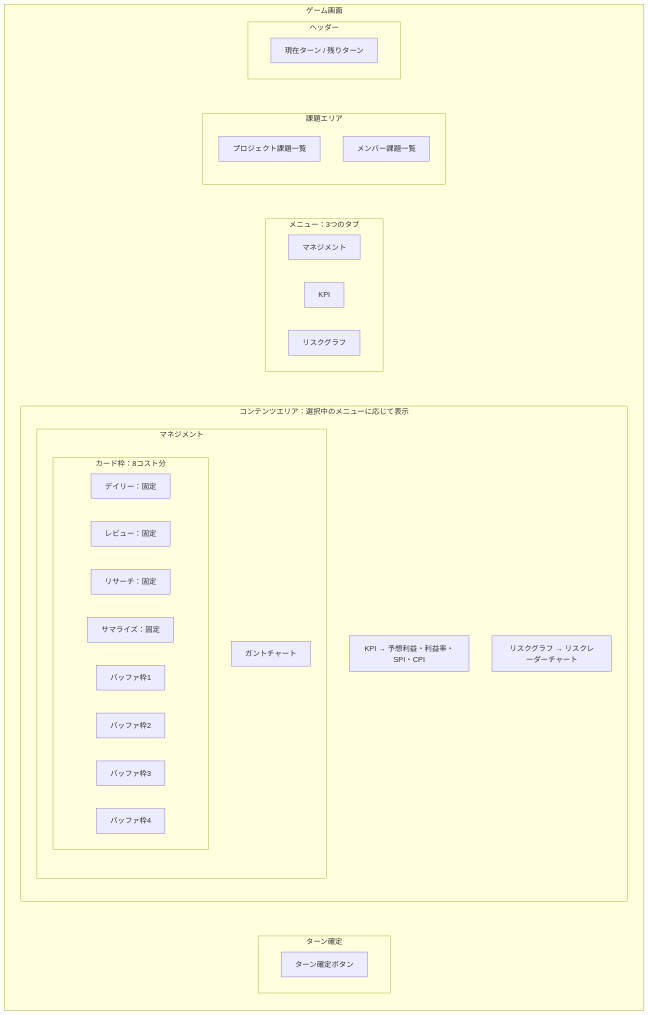
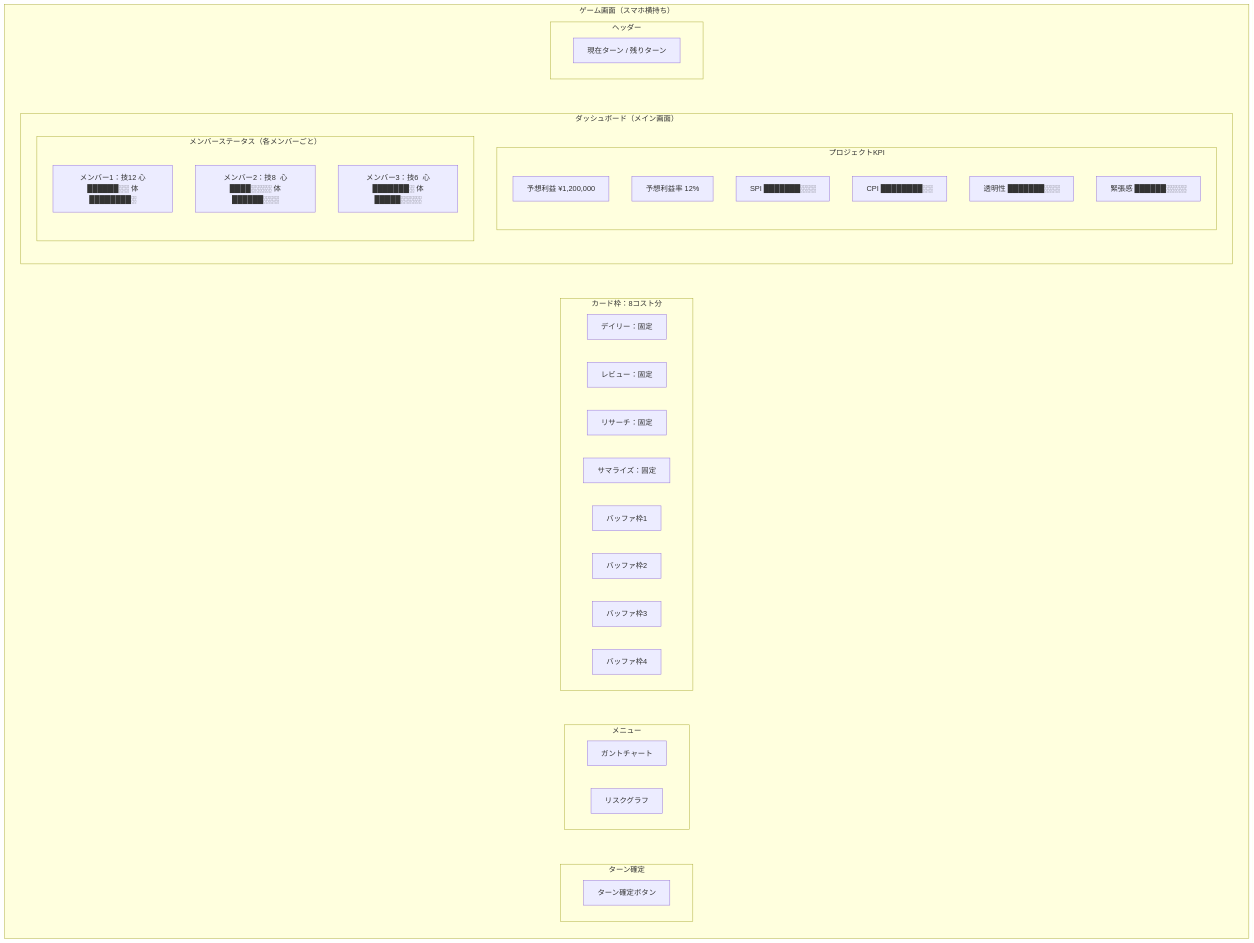
One commit to satoshi256kbyte/the-unsung-hero changed the diagram in docs/02-基本設計/画面構成.md. Above: the diagram before and after it, drawn with Mermaid. The commit also changed other lines of this file and 16 other files, not shown here.

First line of the commit message:
feat: Neo4jシードファイル追加とsync-graphdbスキルを2フェーズ構成に更新

````diff
--- a/docs/02-基本設計/画面構成.md
+++ b/docs/02-基本設計/画面構成.md
@@ -35,53 +44,56 @@
 ```mermaid
 flowchart TB
-    subgraph Screen[ゲーム画面]
+    subgraph Screen[ゲーム画面（スマホ横持ち）]
         direction TB
 
         subgraph TopBar[ヘッダー]
             TurnInfo[現在ターン / 残りターン]
         end
 
-        subgraph IssueArea[課題エリア]
+        subgraph Dashboard[ダッシュボード（メイン画面）]
             direction TB
-            ProjIssue[プロジェクト課題一覧]
-            MemberIssue[メンバー課題一覧]
+            subgraph KpiArea[プロジェクトKPI]
+                direction TB
+                Profit[予想利益 ¥1,200,000]
+                ProfitRate[予想利益率 12%]
+                SPI[SPI ███████░░░]
+                CPI[CPI ████████░░]
+                Transparency[透明性 ███████░░░]
+                Tension[緊張感 ██████░░░░]
+            end
+            subgraph MemberArea[メンバーステータス（各メンバーごと）]
+                direction TB
+                M1[メンバー1：技12 心██████░░ 体████████░]
+                M2[メンバー2：技8  心████░░░░ 体██████░░░]
+                M3[メンバー3：技6  心███████░ 体█████░░░░]
+            end
         end
 
-        subgraph MenuArea[メニュー：3つのタブ]
+        subgraph CardArea[カード枠：8コスト分]
             direction LR
-            MgmtTab[マネジメント]
-            KpiTab[KPI]
-            RiskTab[リスクグラフ]
+            Daily[デイリー：固定]
+            Review[レビュー：固定]
+            Research[リサーチ：固定]
+            Summarize[サマライズ：固定]
+            Buf1[バッファ枠1]
+            Buf2[バッファ枠2]
+            Buf3[バッファ枠3]
+            Buf4[バッファ枠4]
         end
 
-        subgraph ContentArea[コンテンツエリア：選択中のメニューに応じて表示]
-            direction TB
-            subgraph MgmtView[マネジメント]
-                direction TB
-                subgraph CardSlots[カード枠：8コスト分]
-                    direction LR
-                    Daily[デイリー：固定]
-                    Review[レビュー：固定]
-                    Research[リサーチ：固定]
-                    Summarize[サマライズ：固定]
-                    Buf1[バッファ枠1]
-                    Buf2[バッファ枠2]
-                    Buf3[バッファ枠3]
-                    Buf4[バッファ枠4]
-                end
-                Gantt[ガントチャート]
-            end
-            KpiView[KPI → 予想利益・利益率・SPI・CPI]
-            RiskView[リスクグラフ → リスクレーダーチャート]
+        subgraph MenuBar[メニュー]
+            direction LR
+            NavGantt[ガントチャート]
+            NavRisk[リスクグラフ]
         end
 
         subgraph BottomBar[ターン確定]
             ConfirmBtn[ターン確定ボタン]
         end
 
-        TopBar ~~~ IssueArea
-        IssueArea ~~~ MenuArea
-        MenuArea ~~~ ContentArea
-        ContentArea ~~~ BottomBar
+        TopBar ~~~ Dashboard
+        Dashboard ~~~ CardArea
+        CardArea ~~~ MenuBar
+        MenuBar ~~~ BottomBar
     end
 ```
````
